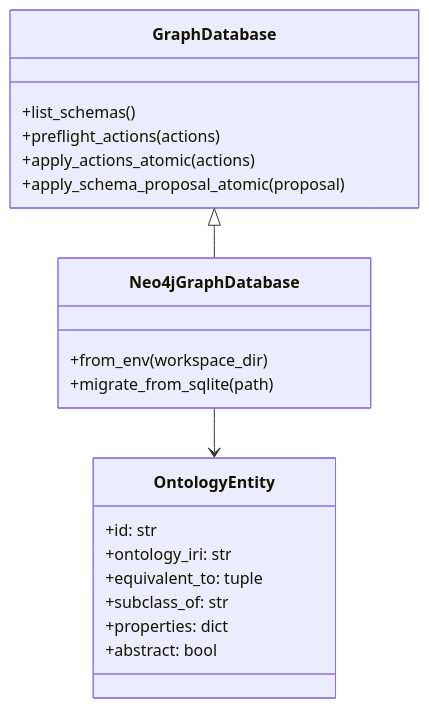
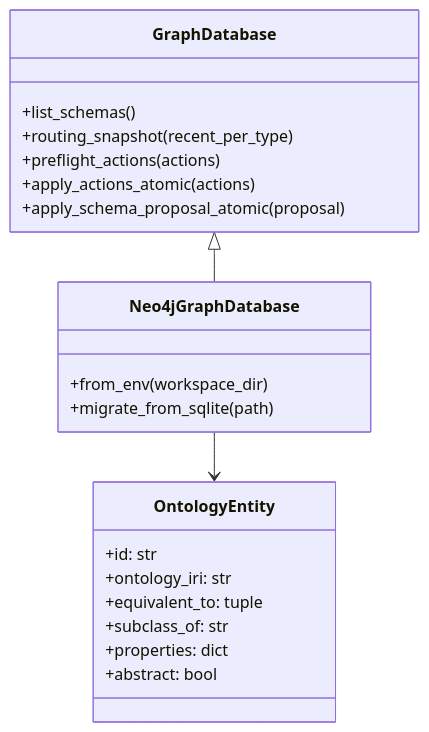
Before and after one commit to BillShiyaoZhang/ambient-agent: the sixth of 7 diagrams in docs/architecture/uml.md, drawn with Mermaid. The commit also changed other lines of this file and 70 other files, not shown here.

````diff
--- a/docs/architecture/uml.md
+++ b/docs/architecture/uml.md
@@ -182,24 +184,25 @@
 ```mermaid
 classDiagram
     class GraphDatabase {
         +list_schemas()
+        +routing_snapshot(recent_per_type)
         +preflight_actions(actions)
         +apply_actions_atomic(actions)
         +apply_schema_proposal_atomic(proposal)
     }
     class Neo4jGraphDatabase {
         +from_env(workspace_dir)
         +migrate_from_sqlite(path)
     }
     class OntologyEntity {
         +id: str
         +ontology_iri: str
         +equivalent_to: tuple
         +subclass_of: str
         +properties: dict
         +abstract: bool
     }
 
     GraphDatabase <|-- Neo4jGraphDatabase
     Neo4jGraphDatabase --> OntologyEntity
 ```
````
